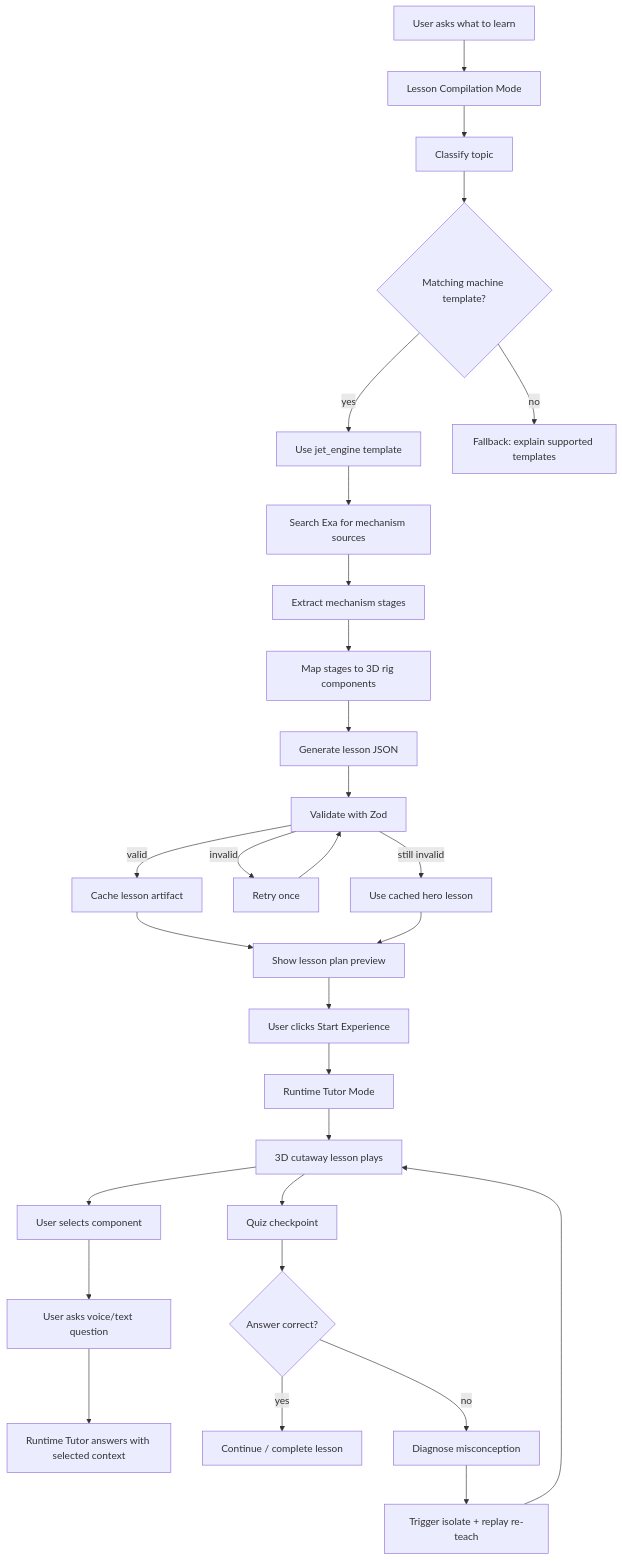
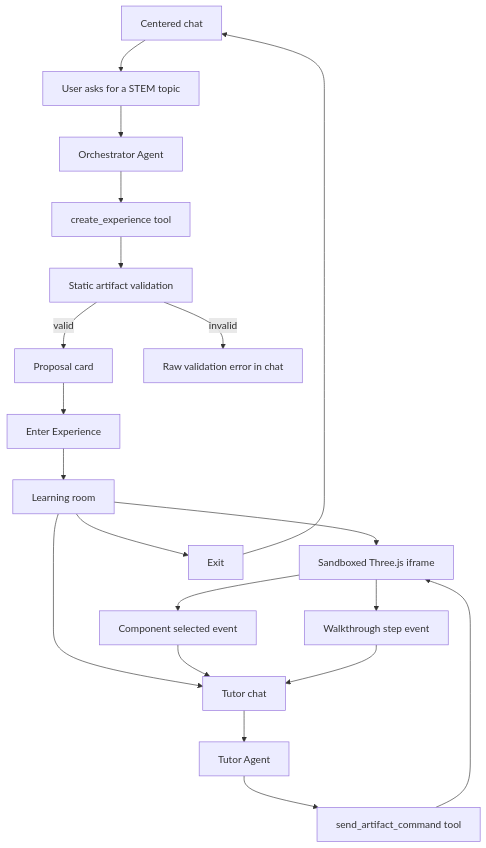
One commit to S-W-Leong/parallax changed the first of 2 diagrams in docs/parallax-architecture.md. Above: the diagram before and after it, drawn with Mermaid. The commit also changed other lines of this file and 42 other files, not shown here.

Commit message:
Build chat artifact learning room

````diff
--- a/docs/parallax-architecture.md
+++ b/docs/parallax-architecture.md
@@ -10,36 +7,22 @@
 ```mermaid
 flowchart TD
-  A[User asks what to learn] --> B[Lesson Compilation Mode]
-
-  B --> C[Classify topic]
-  C --> D{Matching machine template?}
-  D -- yes --> E[Use jet_engine template]
-  D -- no --> F[Fallback: explain supported templates]
-
-  E --> G[Search Exa for mechanism sources]
-  G --> H[Extract mechanism stages]
-  H --> I[Map stages to 3D rig components]
-  I --> J[Generate lesson JSON]
-  J --> K[Validate with Zod]
-
-  K -- valid --> L[Cache lesson artifact]
-  K -- invalid --> M[Retry once]
+  A[Centered chat] --> B[User asks for a STEM topic]
+  B --> C[Orchestrator Agent]
+  C --> D[create_experience tool]
+  D --> E[Static artifact validation]
+  E -- valid --> F[Proposal card]
+  E -- invalid --> G[Raw validation error in chat]
+  F --> H[Enter Experience]
+  H --> I[Learning room]
+  I --> J[Sandboxed Three.js iframe]
+  I --> K[Tutor chat]
+  J --> L[Component selected event]
+  J --> M[Walkthrough step event]
+  L --> K
   M --> K
-  K -- still invalid --> N[Use cached hero lesson]
-
-  L --> O[Show lesson plan preview]
-  N --> O
-  O --> P[User clicks Start Experience]
-  P --> Q[Runtime Tutor Mode]
-
-  Q --> R[3D cutaway lesson plays]
-  R --> S[User selects component]
-  S --> T[User asks voice/text question]
-  T --> U[Runtime Tutor answers with selected context]
-  R --> V[Quiz checkpoint]
-  V --> W{Answer correct?}
-  W -- yes --> X[Continue / complete lesson]
-  W -- no --> Y[Diagnose misconception]
-  Y --> Z[Trigger isolate + replay re-teach]
-  Z --> R
+  K --> N[Tutor Agent]
+  N --> O[send_artifact_command tool]
+  O --> J
+  I --> P[Exit]
+  P --> A
 ```
````
